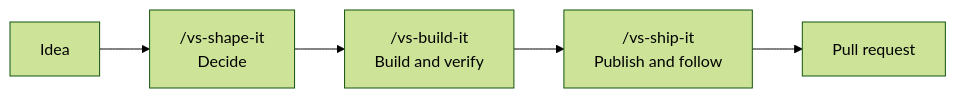
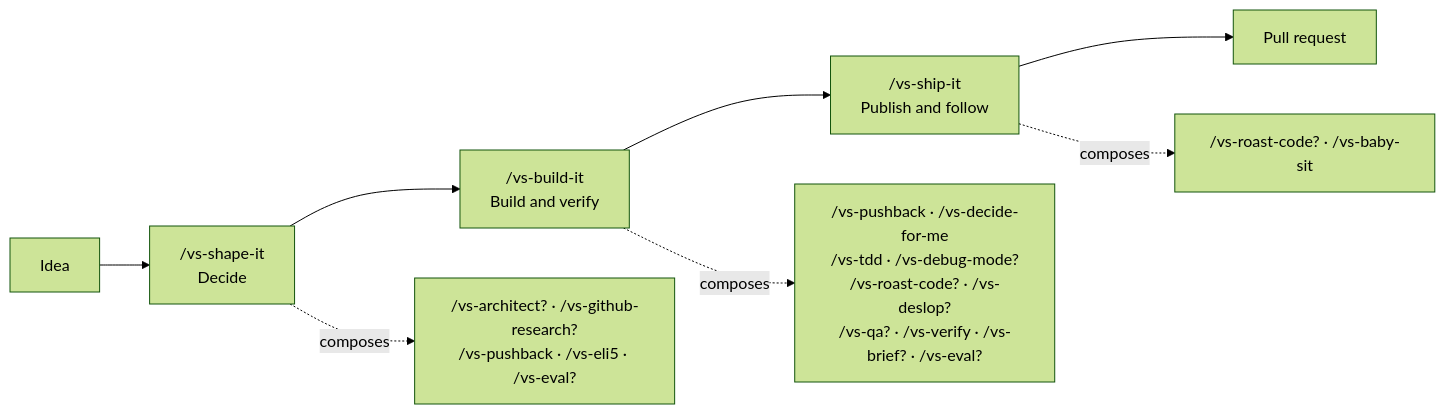
One commit to vltansky/vs changed the first of 4 diagrams in README.md. Above: the diagram before and after it, drawn with Mermaid (forest theme). The commit also changed other lines of this file, not shown here.

Commit message:
docs: map core workflow composition

````diff
--- a/README.md
+++ b/README.md
@@ -8,7 +8,10 @@
 ```mermaid
 flowchart LR
-    I[Idea] --> S["/vs-shape-it<br/>Decide"]
-    S --> B["/vs-build-it<br/>Build and verify"]
+    I[Idea] --> S["/vs-shape-it<br/>Decide"] --> B["/vs-build-it<br/>Build and verify"]
     B --> P["/vs-ship-it<br/>Publish and follow"]
     P --> O[Pull request]
+
+    S -. composes .-> SC["/vs-architect? · /vs-github-research?<br/>/vs-pushback · /vs-eli5 · /vs-eval?"]
+    B -. composes .-> BC["/vs-pushback · /vs-decide-for-me<br/>/vs-tdd · /vs-debug-mode?<br/>/vs-roast-code? · /vs-deslop?<br/>/vs-qa? · /vs-verify · /vs-brief? · /vs-eval?"]
+    P -. composes .-> PC["/vs-roast-code? · /vs-baby-sit"]
 ```
````
